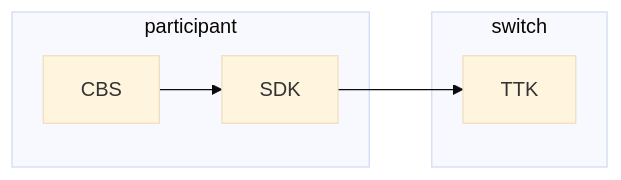
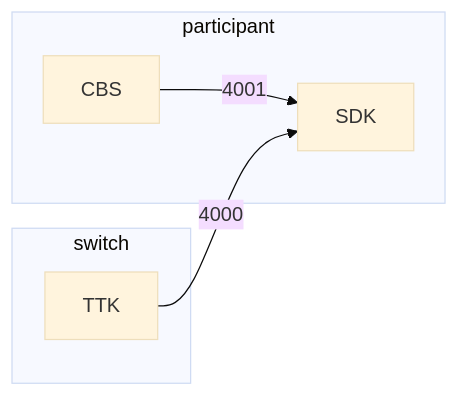
Before and after one commit to kiswend/sdk-ttk: the diagram in readme.md, drawn with Mermaid (base theme).

Commit message:
better diagram

````diff
--- a/readme.md
+++ b/readme.md
@@ -5,13 +5,15 @@
 ```mermaid
 graph LR
-  CBS --> SDK --> TTK
+  CBS --4001--> SDK
+
+  TTK --4000--> SDK
 
   subgraph participant
     CBS
     SDK
   end
 
   subgraph switch
     TTK
   end  
 ```
````
